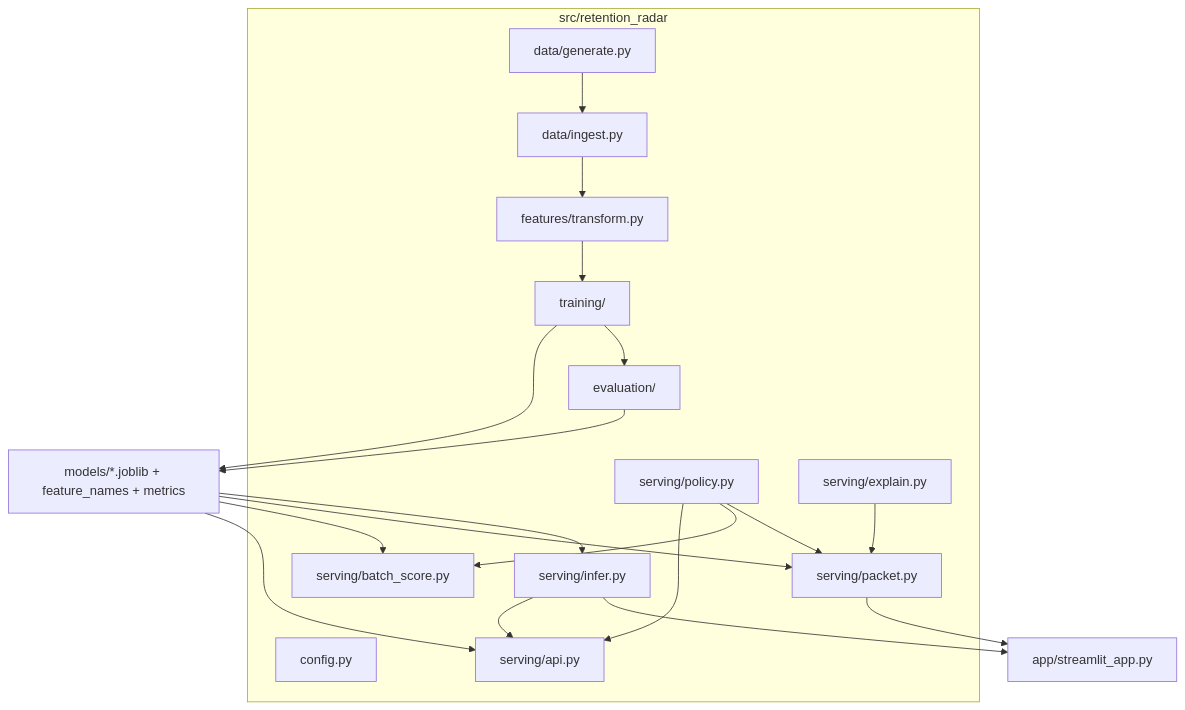
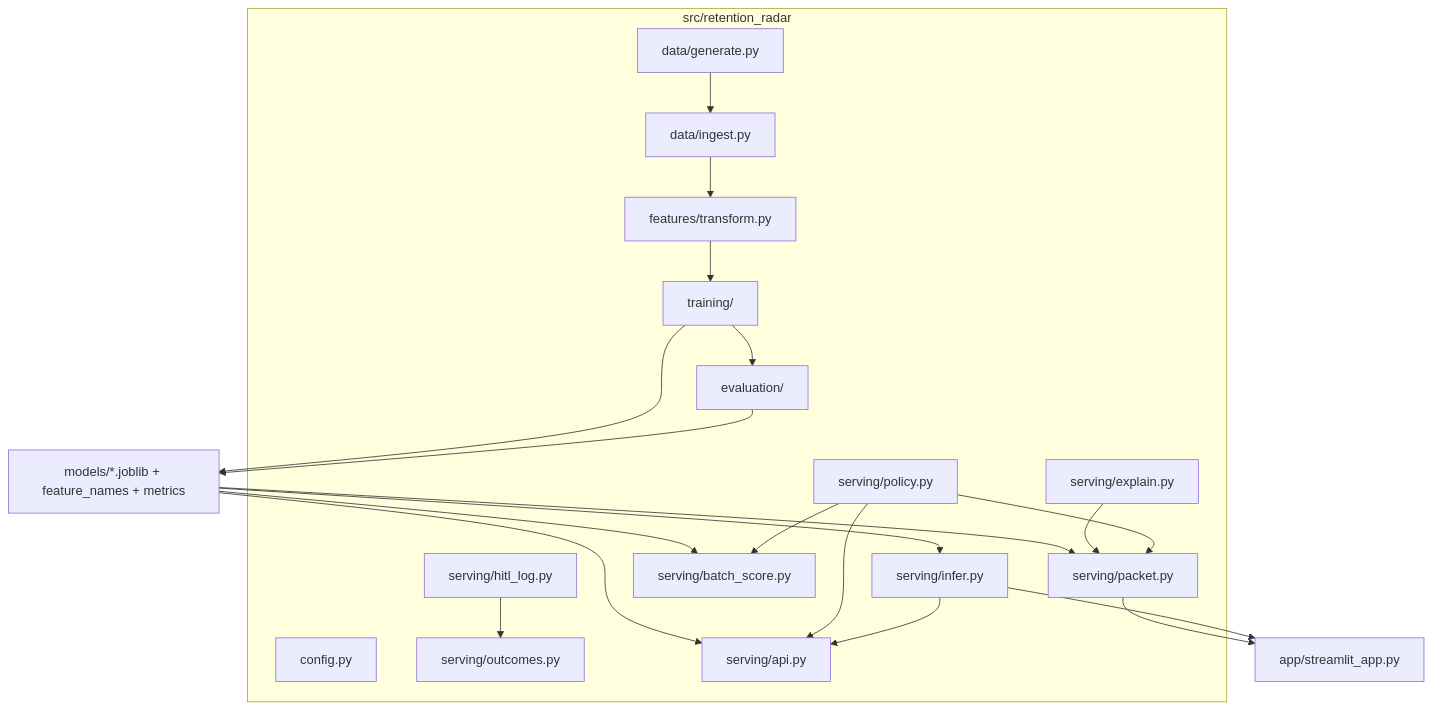
One commit to santoshshinde2012/retention-radar changed the third of 3 diagrams in docs/ARCHITECTURE.md. Above: the diagram before and after it, drawn with Mermaid. The commit also changed other lines of this file and 81 other files, not shown here.

````diff
--- a/docs/ARCHITECTURE.md
+++ b/docs/ARCHITECTURE.md
@@ -64,31 +64,34 @@
 ```mermaid
 flowchart TB
   subgraph src_mods ["src/retention_radar"]
     CFG2["config.py"]
     GEN["data/generate.py"]
     ING["data/ingest.py"]
     FEA["features/transform.py"]
     TRN["training/"]
     EVA["evaluation/"]
     INF2["serving/infer.py"]
     SR["serving/packet.py"]
     BS["serving/batch_score.py"]
+    HL["serving/hitl_log.py"]
+    OUT["serving/outcomes.py"]
     API["serving/api.py"]
     POL["serving/policy.py"]
     EXP["serving/explain.py"]
   end
   GEN --> ING --> FEA --> TRN --> EVA
   TRN --> MOD["models/*.joblib + feature_names + metrics"]
   EVA --> MOD
   MOD --> INF2
   MOD --> SR
   MOD --> BS
   MOD --> API
   EXP --> SR
   POL --> SR
   POL --> BS
   POL --> API
   SR --> APP["app/streamlit_app.py"]
   INF2 --> APP
   INF2 --> API
+  HL --> OUT
 ```
````
